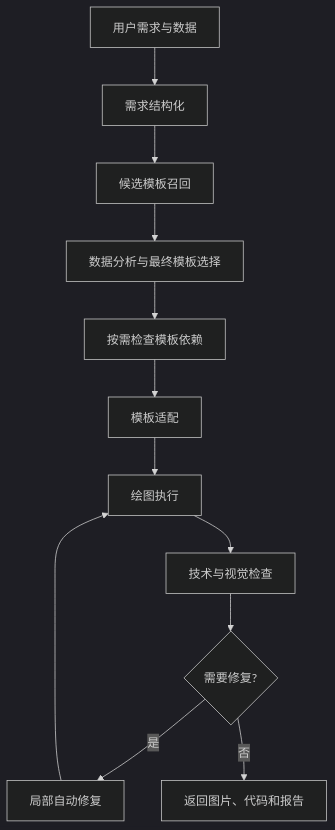
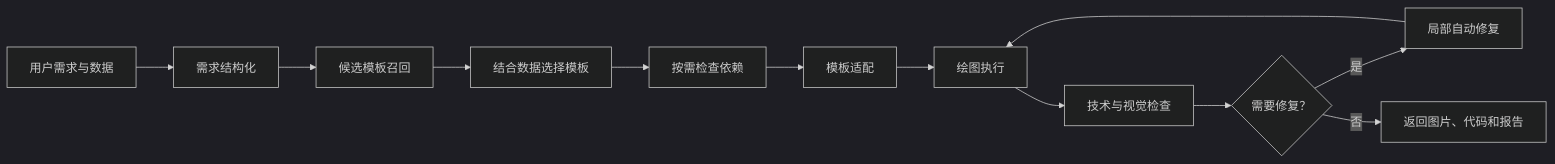
One commit to hrdZhu/modelviz-skill changed the diagram in README.md. Above: the diagram before and after it, drawn with Mermaid (dark theme). The commit also changed other lines of this file, not shown here.

````diff
--- a/README.md
+++ b/README.md
@@ -200,14 +266,14 @@
 ```mermaid
-flowchart TD
+flowchart LR
     A["用户需求与数据"] --> B["需求结构化"]
     B --> C["候选模板召回"]
-    C --> D["数据分析与最终模板选择"]
-    D --> E["按需检查模板依赖"]
+    C --> D["结合数据选择模板"]
+    D --> E["按需检查依赖"]
     E --> F["模板适配"]
     F --> G["绘图执行"]
     G --> H["技术与视觉检查"]
-    H --> I{"需要修复?"}
+    H --> I{"需要修复？"}
     I -- "是" --> J["局部自动修复"]
     J --> G
     I -- "否" --> K["返回图片、代码和报告"]
 ```
````
